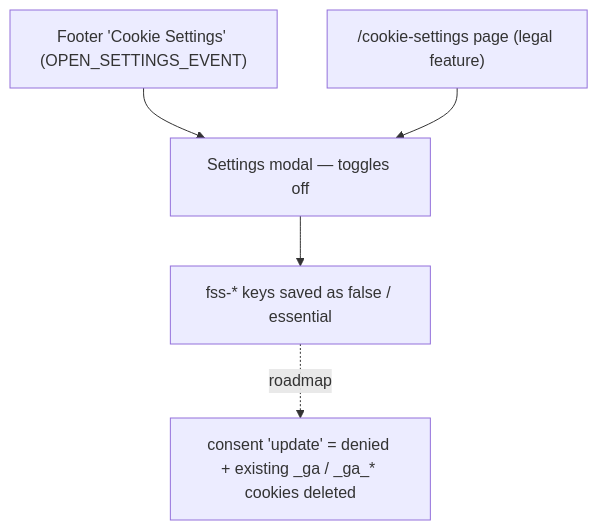
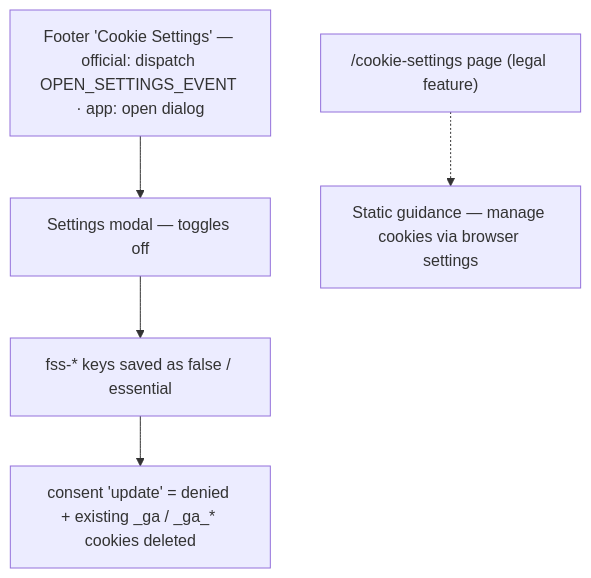
Before and after one commit to sathittham/factory-sync-solutions: the third of 4 diagrams in docs/product/cookie-consent/user-journeys.md, drawn with Mermaid. The commit also changed other lines of this file and 9 other files, not shown here.

First line of the commit message:
feat(web): reopen cookie consent modal from footer settings link

````diff
--- a/docs/product/cookie-consent/user-journeys.md
+++ b/docs/product/cookie-consent/user-journeys.md
@@ -66,7 +69,7 @@
 ```mermaid
 flowchart TD
-    A["Footer 'Cookie Settings' (OPEN_SETTINGS_EVENT)"] --> B["Settings modal — toggles off"]
-    C["/cookie-settings page (legal feature)"] --> B
+    A["Footer 'Cookie Settings' — official: dispatch OPEN_SETTINGS_EVENT · app: open dialog"] --> B["Settings modal — toggles off"]
     B --> D["fss-* keys saved as false / essential"]
-    D -.->|roadmap| E["consent 'update' = denied + existing _ga / _ga_* cookies deleted"]
+    D --> E["consent 'update' = denied + existing _ga / _ga_* cookies deleted"]
+    C["/cookie-settings page (legal feature)"] -.-> F["Static guidance — manage cookies via browser settings"]
 ```
````
